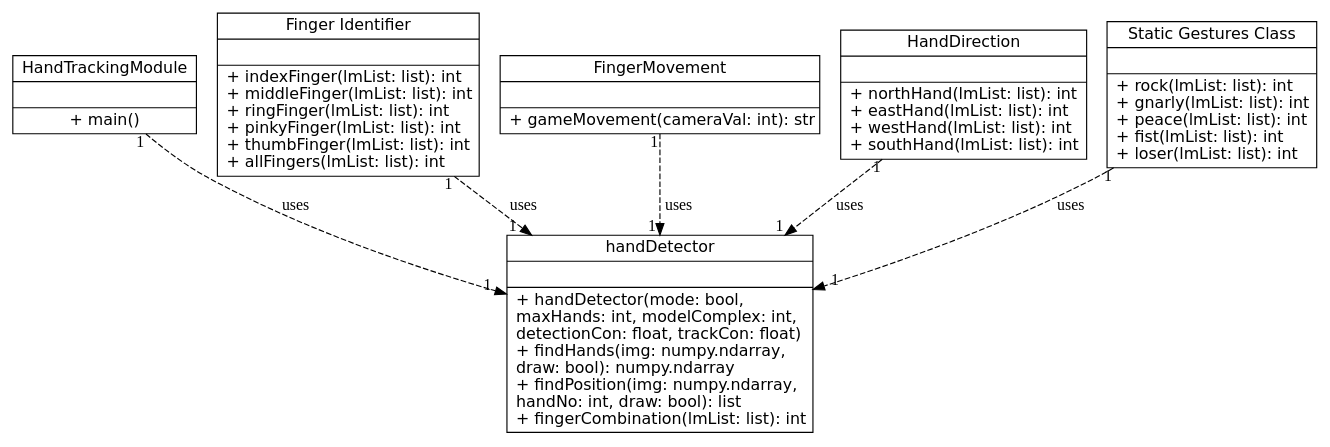
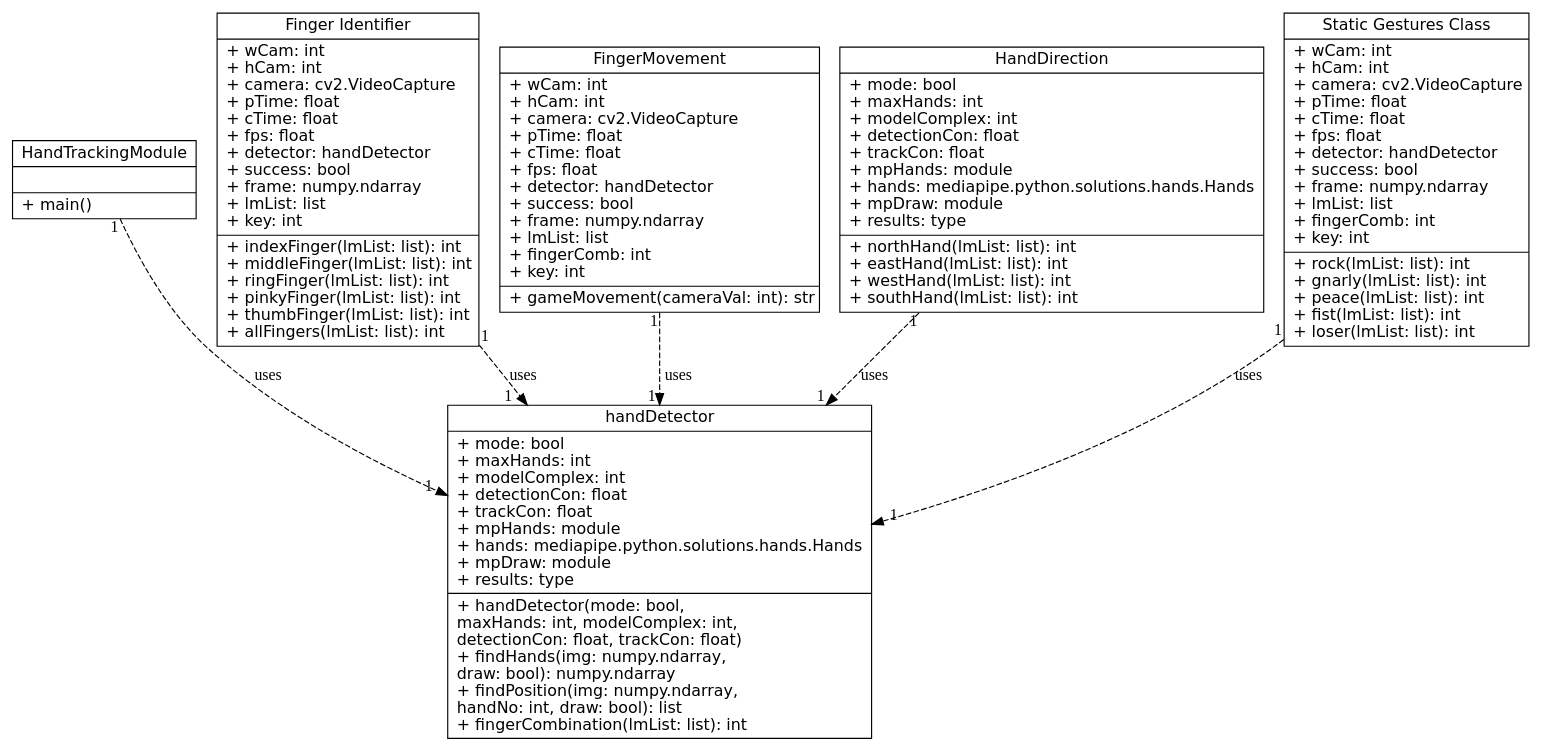
Before and after one commit to CIS3296SoftwareDesignF21/prj-03-gaming-with-gestures: the diagram in Gestures.UML.dot, drawn with Graphviz. The commit also changed 1 other file, not shown here.

Commit message:
added fields to UML diagrams

```diff
--- a/Gestures.UML.dot
+++ b/Gestures.UML.dot
@@ -1,64 +1,127 @@
 digraph GamingWithGestures {
     node [
         shape = "record"
         fontname = "Verdana,DejaVu Sans,Bitstream Vera Sans"
     ];
 
     HandTrackingModule [
         label = "{\N||+
-            main()
+            main()\l
         }";
     ];
 
     handDetector [
-        label = "{\N||+
-            handDetector(mode: bool,\l maxHands: int, modelComplex: int,\l detectionCon: float, trackCon: float)\l+
-            findHands(img: numpy.ndarray,\l draw: bool): numpy.ndarray\l+
-            findPosition(img: numpy.ndarray,\l handNo: int, draw: bool): list\l+
-            fingerCombination(lmList: list): int\l
+        label = "{\N
+            |+
+                mode: bool\l+
+                maxHands: int\l+
+                modelComplex: int\l+
+                detectionCon: float\l+
+                trackCon: float\l+
+                mpHands: module\l+
+                hands: mediapipe.python.solutions.hands.Hands\l+
+                mpDraw: module\l+
+                results: type\l
+            |+
+                handDetector(mode: bool,\l maxHands: int, modelComplex: int,\l detectionCon: float, trackCon: float)\l+
+                findHands(img: numpy.ndarray,\l draw: bool): numpy.ndarray\l+
+                findPosition(img: numpy.ndarray,\l handNo: int, draw: bool): list\l+
+                fingerCombination(lmList: list): int\l
         }"
     ]
 
     FingerIdentifier [
-        label = "{Finger Identifier||+
-            indexFinger(lmList: list): int\l+
-            middleFinger(lmList: list): int\l+
-            ringFinger(lmList: list): int\l+
-            pinkyFinger(lmList: list): int\l+
-            thumbFinger(lmList: list): int\l+
-            allFingers(lmList: list): int\l
+        label = "{Finger Identifier
+            |+
+                wCam: int\l+
+                hCam: int\l+
+                camera: cv2.VideoCapture\l+
+                pTime: float\l+
+                cTime: float\l+
+                fps: float\l+
+                detector: handDetector\l+
+                success: bool\l+
+                frame: numpy.ndarray\l+
+                lmList: list\l+
+                key: int\l
+            |+
+                indexFinger(lmList: list): int\l+
+                middleFinger(lmList: list): int\l+
+                ringFinger(lmList: list): int\l+
+                pinkyFinger(lmList: list): int\l+
+                thumbFinger(lmList: list): int\l+
+                allFingers(lmList: list): int\l
         }"
     ];
 
     FingerMovement [
-        label = "{\N||+
-            gameMovement(cameraVal: int): str\l
+        label = "{\N
+            |+
+                wCam: int\l+
+                hCam: int\l+
+                camera: cv2.VideoCapture\l+
+                pTime: float\l+
+                cTime: float\l+
+                fps: float\l+
+                detector: handDetector\l+
+                success: bool\l+
+                frame: numpy.ndarray\l+
+                lmList: list\l+
+                fingerComb: int\l+
+                key: int\l
+            |+
+                gameMovement(cameraVal: int): str\l
         }"
     ]
 
     HandDirection [
-        label = "{\N||+
-            northHand(lmList: list): int\l+
-            eastHand(lmList: list): int\l+
-            westHand(lmList: list): int\l+
-            southHand(lmList: list): int\l
+        label = "{\N
+            |+
+                mode: bool\l+
+                maxHands: int\l+
+                modelComplex: int\l+
+                detectionCon: float\l+
+                trackCon: float\l+
+                mpHands: module\l+
+                hands: mediapipe.python.solutions.hands.Hands\l+
+                mpDraw: module\l+
+                results: type\l
+            |+
+                northHand(lmList: list): int\l+
+                eastHand(lmList: list): int\l+
+                westHand(lmList: list): int\l+
+                southHand(lmList: list): int\l
         }"
     ];
 
     StaticGesturesClass [
-        label = "{Static Gestures Class||+
-            rock(lmList: list): int\l+
-            gnarly(lmList: list): int\l+
-            peace(lmList: list): int\l+
-            fist(lmList: list): int\l+
-            loser(lmList: list): int\l
+        label = "{Static Gestures Class
+            |+
+                wCam: int\l+
+                hCam: int\l+
+                camera: cv2.VideoCapture\l+
+                pTime: float\l+
+                cTime: float\l+
+                fps: float\l+
+                detector: handDetector\l+
+                success: bool\l+
+                frame: numpy.ndarray\l+
+                lmList: list\l+
+                fingerComb: int\l+
+                key: int\l
+            |+
+                rock(lmList: list): int\l+
+                gnarly(lmList: list): int\l+
+                peace(lmList: list): int\l+
+                fist(lmList: list): int\l+
+                loser(lmList: list): int\l
         }"
     ]
 
     HandTrackingModule -> handDetector [style="dashed", taillabel="1", label="uses", headlabel="1   "];
     FingerIdentifier -> handDetector [style="dashed", taillabel="1", label="uses", headlabel="1   "];
     FingerMovement -> handDetector [style="dashed", taillabel="1", label="uses", headlabel="1 "];
     HandDirection -> handDetector [style="dashed", taillabel="1", label="uses", headlabel="1"];
     StaticGesturesClass -> handDetector [style="dashed", taillabel="1", label="uses", headlabel="    1"];
     
 }
```
